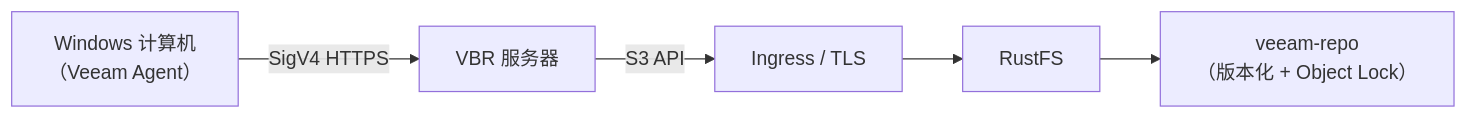
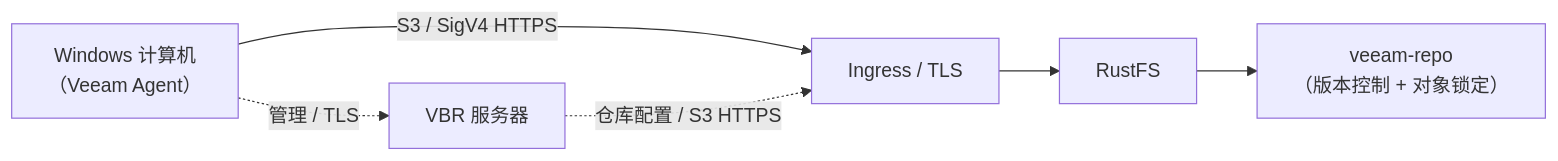
The diagram in content/zh/developer/integration/backup/veeam.md (rustfs/docs.rustfs.com), drawn with Mermaid before and after one commit. The commit also changed other lines of this file and 44 other files, not shown here.

````diff
--- a/content/zh/developer/integration/backup/veeam.md
+++ b/content/zh/developer/integration/backup/veeam.md
@@ -18,9 +22,10 @@
 ```mermaid
 flowchart LR
 	Computer["Windows 计算机
-	（Veeam Agent）"] -->|SigV4 HTTPS| VBR["VBR 服务器"]
-	VBR -->|S3 API| Traefik["Ingress / TLS"]
+	（Veeam Agent）"] -.->|管理 / TLS| VBR["VBR 服务器"]
+	Computer -->|S3 / SigV4 HTTPS| Traefik["Ingress / TLS"]
+	VBR -.->|仓库配置 / S3 HTTPS| Traefik
 	Traefik --> RustFS["RustFS"]
 	RustFS --> Bucket["veeam-repo
-	（版本化 + Object Lock）"]
+	（版本控制 + 对象锁定）"]
 ```
````
